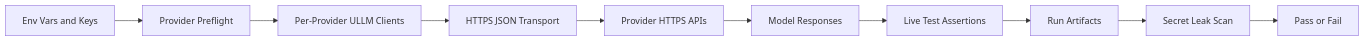
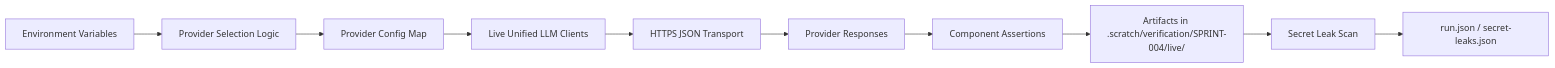
One commit to jaytaylor/attractor-tcl changed the fourth of 5 diagrams in docs/sprints/SPRINT-004-comprehensive-implementation-plan.md. Above: the diagram before and after it, drawn with Mermaid. The commit also changed other lines of this file, not shown here.

Commit message:
docs: synchronize sprint 004 implementation plan with verified completion evidence

````diff
--- a/docs/sprints/SPRINT-004-comprehensive-implementation-plan.md
+++ b/docs/sprints/SPRINT-004-comprehensive-implementation-plan.md
@@ -1683,12 +1837,12 @@
 ```mermaid
 flowchart LR
-  ENV[Env Vars and Keys] --> PREFLIGHT[Provider Preflight]
-  PREFLIGHT --> CLIENTS[Per-Provider ULLM Clients]
-  CLIENTS --> TRANSPORT[HTTPS JSON Transport]
-  TRANSPORT --> PROVIDERS[Provider HTTPS APIs]
-  PROVIDERS --> RESPONSES[Model Responses]
-  RESPONSES --> TESTS[Live Test Assertions]
-  TESTS --> ARTIFACTS[Run Artifacts]
-  ARTIFACTS --> LEAKSCAN[Secret Leak Scan]
-  LEAKSCAN --> RESULT[Pass or Fail]
+  ENV[Environment Variables] --> SELECTOR[Provider Selection Logic]
+  SELECTOR --> CFG[Provider Config Map]
+  CFG --> CLIENTS[Live Unified LLM Clients]
+  CLIENTS --> HTTPS[HTTPS JSON Transport]
+  HTTPS --> RESP[Provider Responses]
+  RESP --> ASSERT[Component Assertions]
+  ASSERT --> ART[Artifacts in .scratch/verification/SPRINT-004/live/<run_id>]
+  ART --> SCAN[Secret Leak Scan]
+  SCAN --> RUNJSON[run.json / secret-leaks.json]
 ```
````
